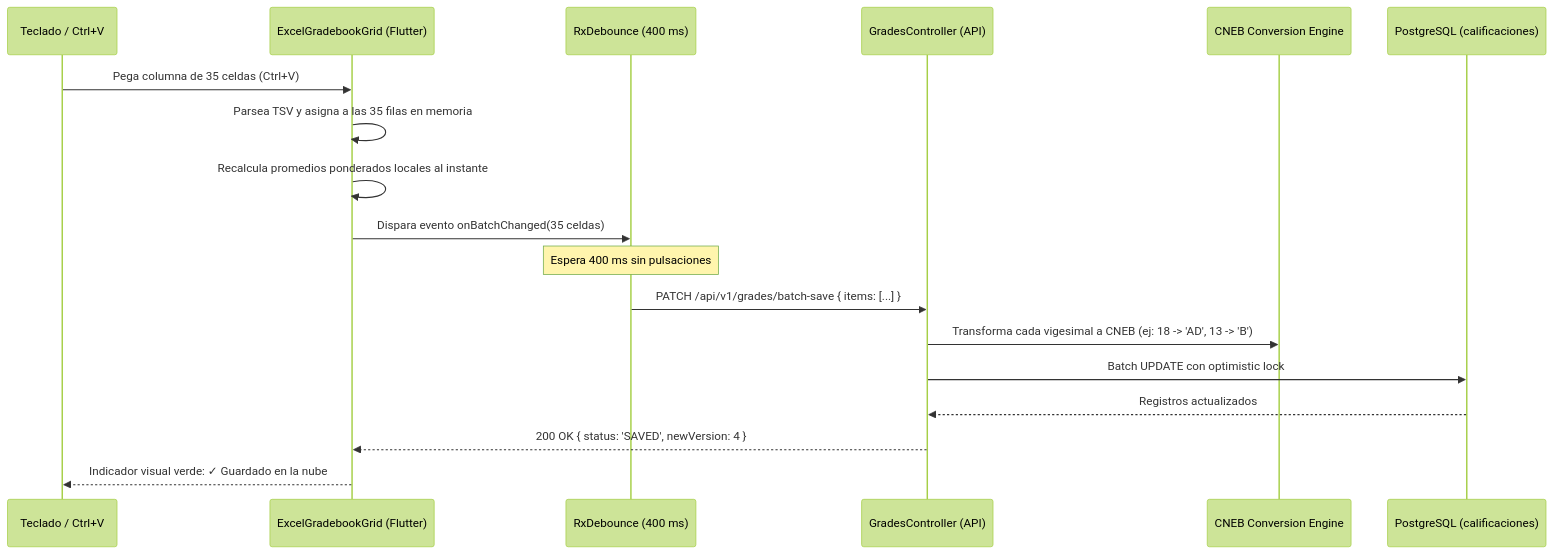
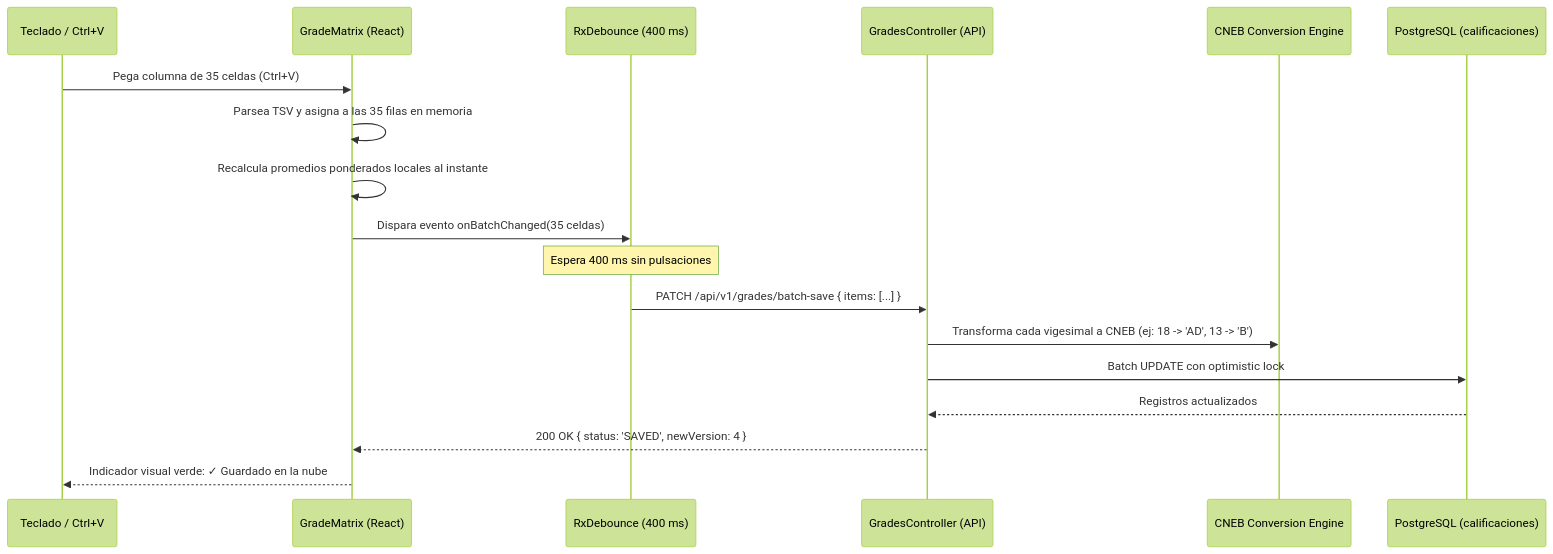
The diagram in D - Base 1 - 01092026/Fase 2/Arquitectura/Squad 3 - Calificaciones y Modo Excel/README.md (Eduardo-Sebastian-Paipay-Vega/school-management-system), drawn with Mermaid (forest theme) before and after one commit. The commit also changed other lines of this file and 38 other files, not shown here.

````diff
--- a/D - Base 1 - 01092026/Fase 2/Arquitectura/Squad 3 - Calificaciones y Modo Excel/README.md
+++ b/D - Base 1 - 01092026/Fase 2/Arquitectura/Squad 3 - Calificaciones y Modo Excel/README.md
@@ -27,22 +27,22 @@
 ```mermaid
 sequenceDiagram
     participant Docente as Teclado / Ctrl+V
-    participant Grid as ExcelGradebookGrid (Flutter)
+    participant Grid as GradeMatrix (React)
     participant Debounce as RxDebounce (400 ms)
     participant Backend as GradesController (API)
     participant Motor as CNEB Conversion Engine
     participant DB as PostgreSQL (calificaciones)
 
     Docente->>Grid: Pega columna de 35 celdas (Ctrl+V)
     Grid->>Grid: Parsea TSV y asigna a las 35 filas en memoria
     Grid->>Grid: Recalcula promedios ponderados locales al instante
     Grid->>Debounce: Dispara evento onBatchChanged(35 celdas)
     
     Note over Debounce: Espera 400 ms sin pulsaciones
     Debounce->>Backend: PATCH /api/v1/grades/batch-save { items: [...] }
     Backend->>Motor: Transforma cada vigesimal a CNEB (ej: 18 -> 'AD', 13 -> 'B')
     Backend->>DB: Batch UPDATE con optimistic lock
     DB-->>Backend: Registros actualizados
     Backend-->>Grid: 200 OK { status: 'SAVED', newVersion: 4 }
     Grid-->>Docente: Indicador visual verde: ✓ Guardado en la nube
 ```
````
